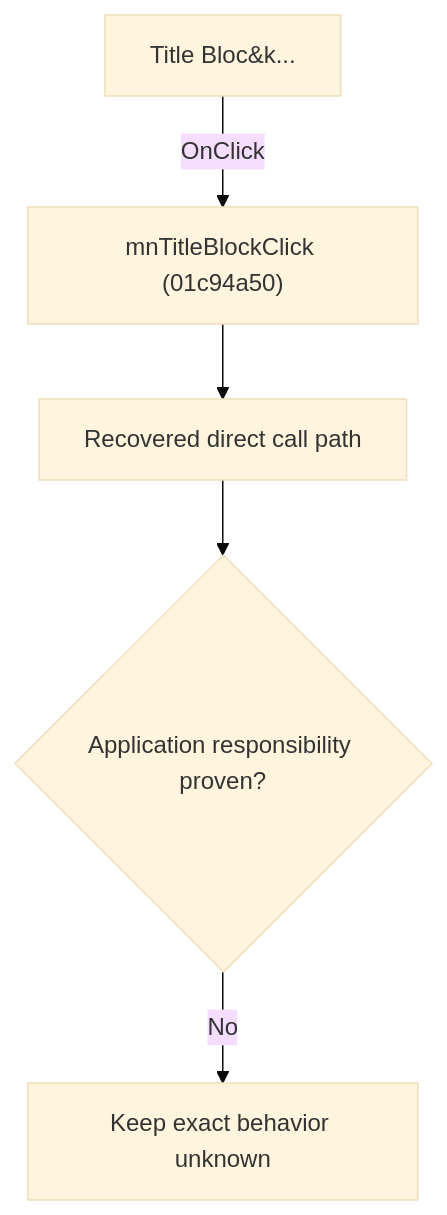
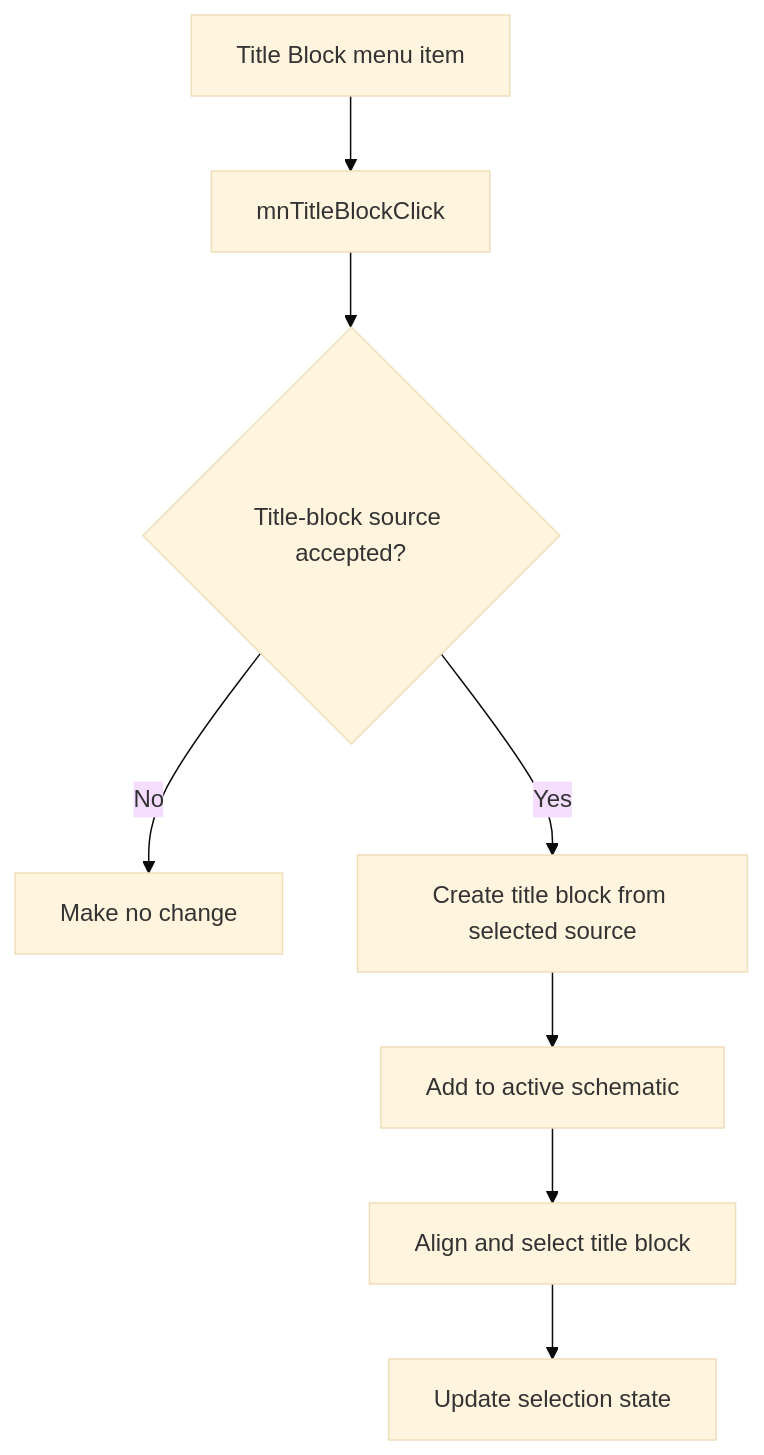
One commit to MovGP0/TIARA changed the diagram in docs/ui-controls/schematiceditor/mntitleblock-643ca1a9e0.md. Above: the diagram before and after it, drawn with Mermaid (base theme). The commit also changed other lines of this file and 241 other files, not shown here.

````diff
--- a/docs/ui-controls/schematiceditor/mntitleblock-643ca1a9e0.md
+++ b/docs/ui-controls/schematiceditor/mntitleblock-643ca1a9e0.md
@@ -27,7 +19,10 @@
 ```mermaid
 flowchart TD
-    control["Title Bloc&k..."] -->|"OnClick"| handler["mnTitleBlockClick (01c94a50)"]
-    handler --> recovered["Recovered direct call path"]
-    recovered --> gap{"Application responsibility proven?"}
-    gap -->|"No"| blocked["Keep exact behavior unknown"]
+    control["Title Block menu item"] --> handler["mnTitleBlockClick"]
+    handler --> source{"Title-block source accepted?"}
+    source -->|"No"| noOp["Make no change"]
+    source -->|"Yes"| create["Create title block from selected source"]
+    create --> add["Add to active schematic"]
+    add --> place["Align and select title block"]
+    place --> refresh["Update selection state"]
 ```
````
